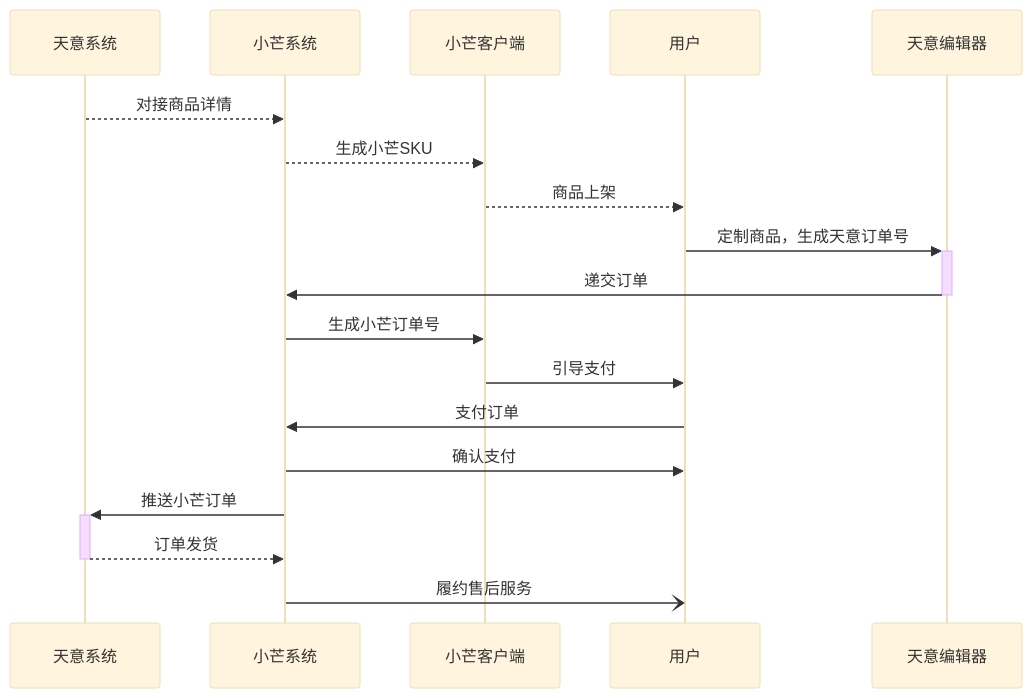
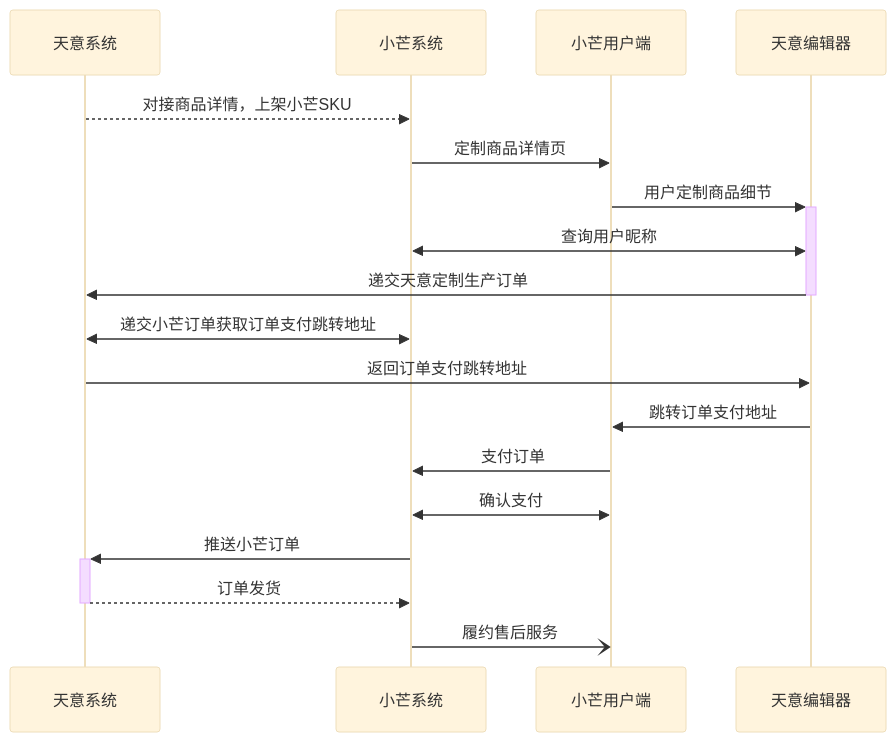
One commit to CheneyLin/cheneylin.github.io changed the diagram in prd/创新商品工具/创新商品工具20260618天意定制周边解决方案/innovative_product_tool_tianyi_prd/v1.0/prd_md/prd_v1.0.md. Above: the diagram before and after it, drawn with Mermaid (base theme). The commit also changed 1 other file, not shown here.

Commit message:
修改业务流程图

````diff
--- a/prd/创新商品工具/创新商品工具20260618天意定制周边解决方案/innovative_product_tool_tianyi_prd/v1.0/prd_md/prd_v1.0.md
+++ b/prd/创新商品工具/创新商品工具20260618天意定制周边解决方案/innovative_product_tool_tianyi_prd/v1.0/prd_md/prd_v1.0.md
@@ -124,21 +124,20 @@
 ```mermaid
 sequenceDiagram
   participant 天意系统
   participant 小芒系统
-  participant 小芒客户端
-  participant 用户
+  participant 小芒用户端
   participant 天意编辑器
-  
-  天意系统-->>小芒系统: 对接商品详情
-  小芒系统-->>小芒客户端: 生成小芒SKU 
-  小芒客户端-->>用户: 商品上架
-  用户->>+天意编辑器: 定制商品，生成天意订单号
-  天意编辑器->>-小芒系统: 递交订单
-  小芒系统->>小芒客户端: 生成小芒订单号
-  小芒客户端->>用户: 引导支付
-  用户->>小芒系统: 支付订单
-  小芒系统->>用户: 确认支付
+  天意系统-->>小芒系统: 对接商品详情，上架小芒SKU 
+  小芒系统->>小芒用户端: 定制商品详情页
+  小芒用户端->>+天意编辑器: 用户定制商品细节
+  天意编辑器<<->>小芒系统: 查询用户昵称
+  天意编辑器->>-天意系统: 递交天意定制生产订单
+  天意系统<<->>小芒系统: 递交小芒订单获取订单支付跳转地址
+  天意系统->>天意编辑器: 返回订单支付跳转地址
+  天意编辑器->>小芒用户端: 跳转订单支付地址
+  小芒用户端->>小芒系统: 支付订单
+  小芒系统<<->>小芒用户端: 确认支付
   小芒系统->>+天意系统: 推送小芒订单
   天意系统-->>-小芒系统: 订单发货
-  小芒系统-)用户: 履约售后服务
+  小芒系统-)小芒用户端: 履约售后服务  
 ```
````
